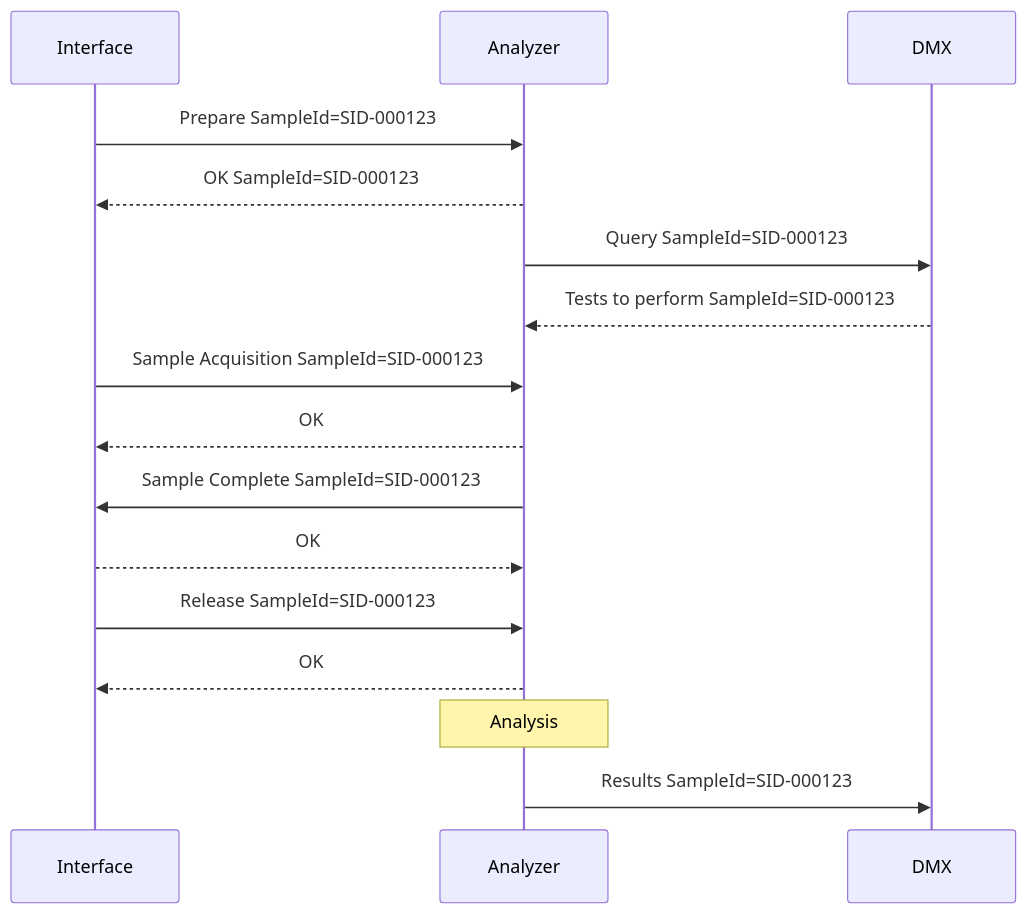
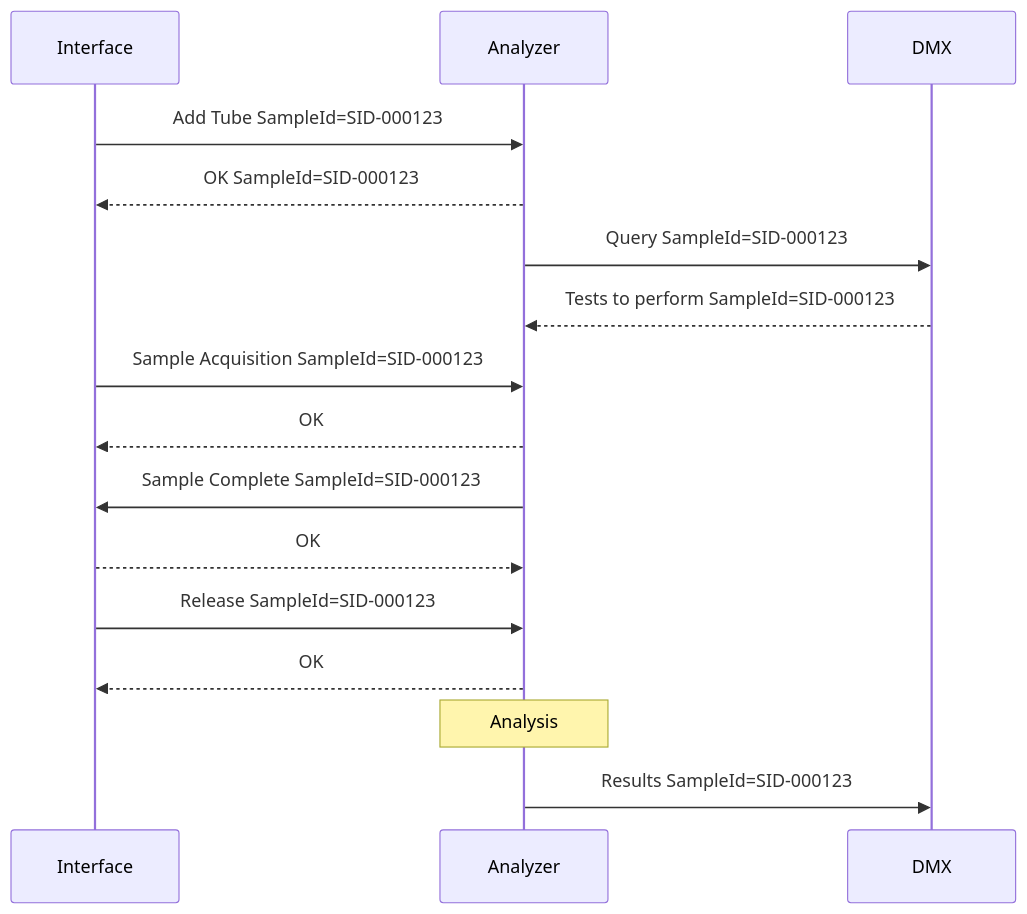
The diagram in scenes/01_prepare_sample_release.mmd (specialk74/trackviz), drawn with Mermaid before and after one commit. The commit also changed 21 other files, not shown here.

```diff
--- a/scenes/01_prepare_sample_release.mmd
+++ b/scenes/01_prepare_sample_release.mmd
@@ -1,89 +1,88 @@
 %% # Scene 01 — single carrier with tube, happy path
 %% # Prepare -> Sample Acquisition -> Sample Complete -> Release
 %% # Carrier flow: right to left, Pit-Lane above the Main-Lane.
 %% # Coordinates are in a fixed 1920x1080 space (track panel: x 30..950, y 120..885).
 %% geometry sampling
 %% subtitle Single carrier with sample tube — happy path
 sequenceDiagram
     participant IF as Interface
     participant AN as Analyzer
     participant DMX as DMX
 
     %% carrier C1 SID-000123 route=main_in,nsd,pit_in,sampling,pit_out,merge,main_out speed=75
 
     %% at 0
     %% caption 1 · Main-Lane | A carrier holding a sample tube travels along the Main-Lane towards the analyzer interface.
     %% at 1
     %% move C1 to nsd ease=in
     %% when C1 at nsd
     %% caption 2 · Diverted — Prepare | The carrier is diverted into the Pit-Lane without stopping. At this moment the interface sends Prepare to the analyzer.
     %% when C1 at nsd
     %% highlight nsd duration=2
     %% when C1 at nsd
     %% move C1 to sampling ease=out
-    %% when C1 at nsd
-    IF->>AN: Prepare SampleId=SID-000123
-    %% when prepare C1 sent
-    %% delay 2
+    %% on antenna1
+    IF->>AN: Add Tube SampleId=SID-000123
+    %% after 0.5 Add Tube C1
     AN-->>IF: OK SampleId=SID-000123
     %% when sample_ok C1 arrived
     %% delay 1.8
     %% caption 3 · Test query | After Prepare, the analyzer queries DMX (LIS) to know which tests must be performed on this sample.
     %% when sample_ok C1 arrived
     %% delay 2.1
     AN->>DMX: Query SampleId=SID-000123
     %% when query C1 sent
     %% delay 2
     DMX-->>AN: Tests to perform SampleId=SID-000123
     %% when tests C1 arrived
     %% delay 0.6
     %% caption 4 · Sampling point — Sample Acquisition | The carrier stops at the sampling point. The interface sends Sample Acquisition: the tube is in position and can be aspirated.
     %% when C1 at sampling
     %% delay 1.45
     IF->>AN: Sample Acquisition SampleId=SID-000123
     %% when sample_acquisition C1 arrived
     %% delay 0.1
     %% for C1
     AN-->>IF: OK
     %% when sample_acquisition C1 arrived
     %% delay 2
     %% caption 5 · Pipetting | The analyzer aspirates the biological material from the tube. Meanwhile the carrier is held at the sampling point.
     %% when analyzer_ok C1 arrived
     %% delay 0.1
     %% pipette sp duration=4.5
     %% when pipette sp done
     %% delay 0.3
     %% caption 6 · Sample Complete | When aspiration is finished the analyzer sends Sample Complete. Only after receiving it does the interface release the carrier.
     %% when pipette sp done
     %% delay 0.6
     AN->>IF: Sample Complete SampleId=SID-000123
     %% when sample_complete C1 arrived
     %% delay 0.1
     %% for C1
     IF-->>AN: OK
     %% when sample_complete C1 arrived
     %% delay 2.8
     %% caption 7 · Carrier released | The interface releases the carrier: it leaves the Pit-Lane and heads back to the Main-Lane.
     %% when interface_ok C1 sent
     %% delay 3.1
     %% move C1 to merge ease=in
     %% when C1 at merge
     %% move C1 to main_out ease=out
     %% when C1 at main_out
     %% caption 8 · Release | As soon as the carrier with the tube has left the interface module, the interface sends Release: the sample has left the analyzer interface.
     %% when C1 at main_out
     IF->>AN: Release SampleId=SID-000123
     %% when release C1 arrived
     %% delay 0.1
     %% for C1
     AN-->>IF: OK
     %% when C1 at main_out
     %% delay 2.5
     %% caption 9 · Results | Later, when the analysis is complete, the analyzer sends the results to DMX.
     %% when C1 at main_out
     %% delay 2.8
     %% duration 1.5
     Note over AN: Analysis
     %% when C1 at main_out
     %% delay 4.3
     AN->>DMX: Results SampleId=SID-000123
```
